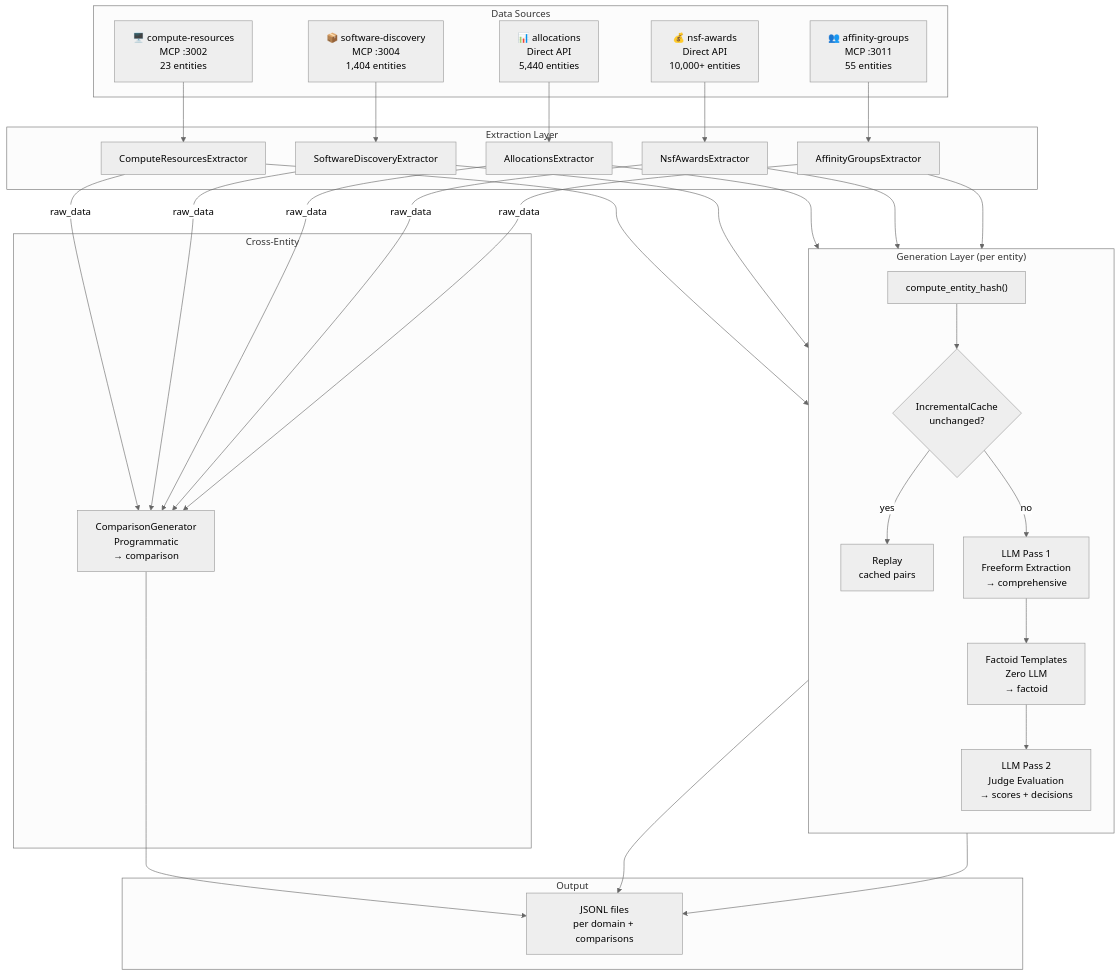
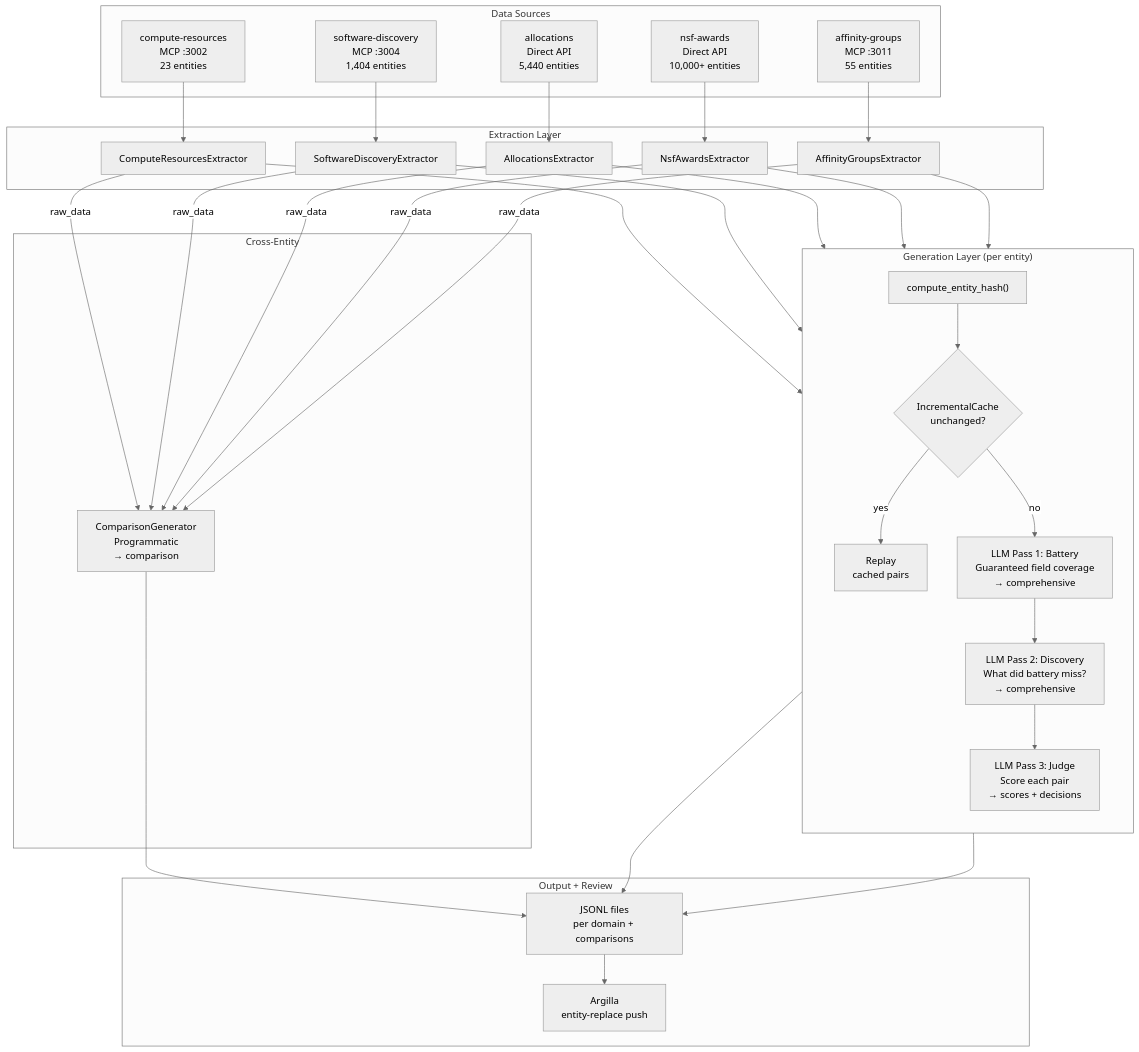
One commit to necyberteam/access-qa-extraction changed the first of 2 diagrams in docs/system-overview-2026-02-17.md. Above: the diagram before and after it, drawn with Mermaid (neutral theme). The commit also changed other lines of this file and 7 other files, not shown here.

````diff
--- a/docs/system-overview-2026-02-17.md
+++ b/docs/system-overview-2026-02-17.md
@@ -15,54 +13,56 @@
 ```mermaid
 graph TB
     subgraph "Data Sources"
-        MCP1["🖥️ compute-resources<br/>MCP :3002<br/>23 entities"]
-        MCP2["📦 software-discovery<br/>MCP :3004<br/>1,404 entities"]
-        MCP3["📊 allocations<br/>Direct API<br/>5,440 entities"]
-        MCP4["💰 nsf-awards<br/>Direct API<br/>10,000+ entities"]
-        MCP5["👥 affinity-groups<br/>MCP :3011<br/>55 entities"]
+        MCP1["compute-resources<br/>MCP :3002<br/>23 entities"]
+        MCP2["software-discovery<br/>MCP :3004<br/>1,404 entities"]
+        MCP3["allocations<br/>Direct API<br/>5,440 entities"]
+        MCP4["nsf-awards<br/>Direct API<br/>10,000+ entities"]
+        MCP5["affinity-groups<br/>MCP :3011<br/>55 entities"]
     end
 
     subgraph "Extraction Layer"
         E1["ComputeResourcesExtractor"]
         E2["SoftwareDiscoveryExtractor"]
         E3["AllocationsExtractor"]
         E4["NsfAwardsExtractor"]
         E5["AffinityGroupsExtractor"]
     end
 
     subgraph "Generation Layer (per entity)"
         direction TB
         HASH["compute_entity_hash()"]
         CACHE{"IncrementalCache<br/>unchanged?"}
-        LLM["LLM Pass 1<br/>Freeform Extraction<br/>→ comprehensive"]
-        FACT["Factoid Templates<br/>Zero LLM<br/>→ factoid"]
-        JUDGE["LLM Pass 2<br/>Judge Evaluation<br/>→ scores + decisions"]
+        BAT["LLM Pass 1: Battery<br/>Guaranteed field coverage<br/>→ comprehensive"]
+        DISC["LLM Pass 2: Discovery<br/>What did battery miss?<br/>→ comprehensive"]
+        JUDGE["LLM Pass 3: Judge<br/>Score each pair<br/>→ scores + decisions"]
         CACHED["Replay<br/>cached pairs"]
     end
 
     subgraph "Cross-Entity"
         COMP["ComparisonGenerator<br/>Programmatic<br/>→ comparison"]
     end
 
-    subgraph "Output"
+    subgraph "Output + Review"
         JSONL["JSONL files<br/>per domain + comparisons"]
+        ARGILLA["Argilla<br/>entity-replace push"]
     end
 
     MCP1 --> E1
     MCP2 --> E2
     MCP3 --> E3
     MCP4 --> E4
     MCP5 --> E5
 
     E1 & E2 & E3 & E4 & E5 --> HASH
     HASH --> CACHE
     CACHE -->|yes| CACHED
-    CACHE -->|no| LLM
-    LLM --> FACT
-    FACT --> JUDGE
+    CACHE -->|no| BAT
+    BAT --> DISC
+    DISC --> JUDGE
     CACHED --> JSONL
     JUDGE --> JSONL
+    JSONL --> ARGILLA
 
     E1 & E2 & E3 & E4 & E5 -->|raw_data| COMP
     COMP --> JSONL
 ```
````
